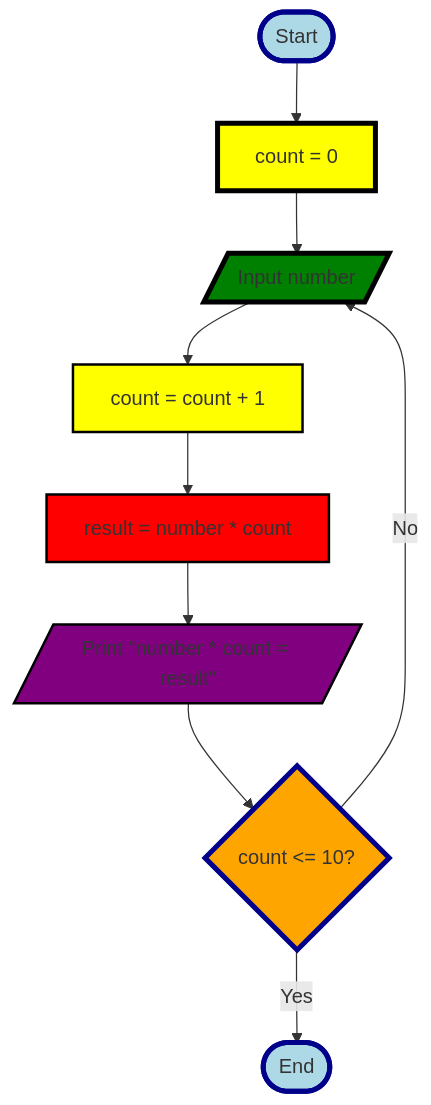
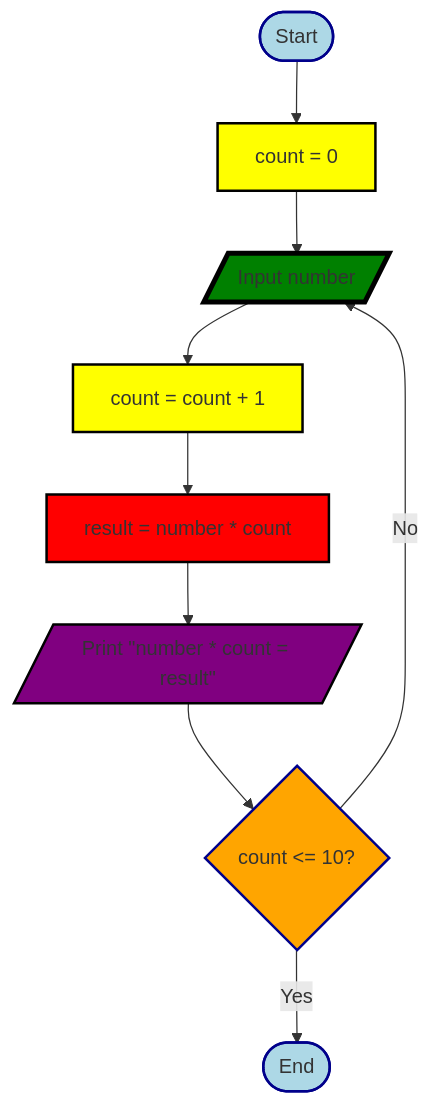
The second of 3 diagrams in mermaid.md (Halamohamed/Workshops-Algorithm-Flowchart), drawn with Mermaid before and after one commit. The commit also changed other lines of this file, not shown here.

````diff
--- a/mermaid.md
+++ b/mermaid.md
@@ -26,19 +26,19 @@
 ``` mermaid
 flowchart TD
     A([Start]) --> B[count = 0 ]
-    style A fill:lightblue,stroke:darkblue,stroke-width:4px,shadow:shadow
+    style A fill:lightblue,stroke:darkblue,stroke-width:2px,shadow:shadow
     B --> C[/Input number/]
-    style B fill:yellow,stroke:black,stroke-width:4px,shadow:shadow
+    style B fill:yellow,stroke:black,stroke-width:2px,shadow:shadow
     C --> D[count = count + 1]
     style C fill:green,stroke:black,stroke-width:4px,shadow:shadow
     D --> E[result = number * count]
     E --> F[/Print "number * count = result"/]
     F --> G{ count <= 10? }
     G --> |No| C
     G --> |Yes| S([End])
     style D fill:yellow,stroke:black,stroke-width:2px,shadow:shadow
     style E fill:red,stroke:black,stroke-width:2px,shadow:shadow
     style F fill:purple,stroke:black,stroke-width:2px,shadow:shadow
-    style G fill:orange,stroke:darkblue,stroke-width:4px,shadow:shadow
-    style S fill:lightblue,stroke:darkblue,stroke-width:4px,shadow:shadow
+    style G fill:orange,stroke:darkblue,stroke-width:2px,shadow:shadow
+    style S fill:lightblue,stroke:darkblue,stroke-width:2px,shadow:shadow
 ```
````
